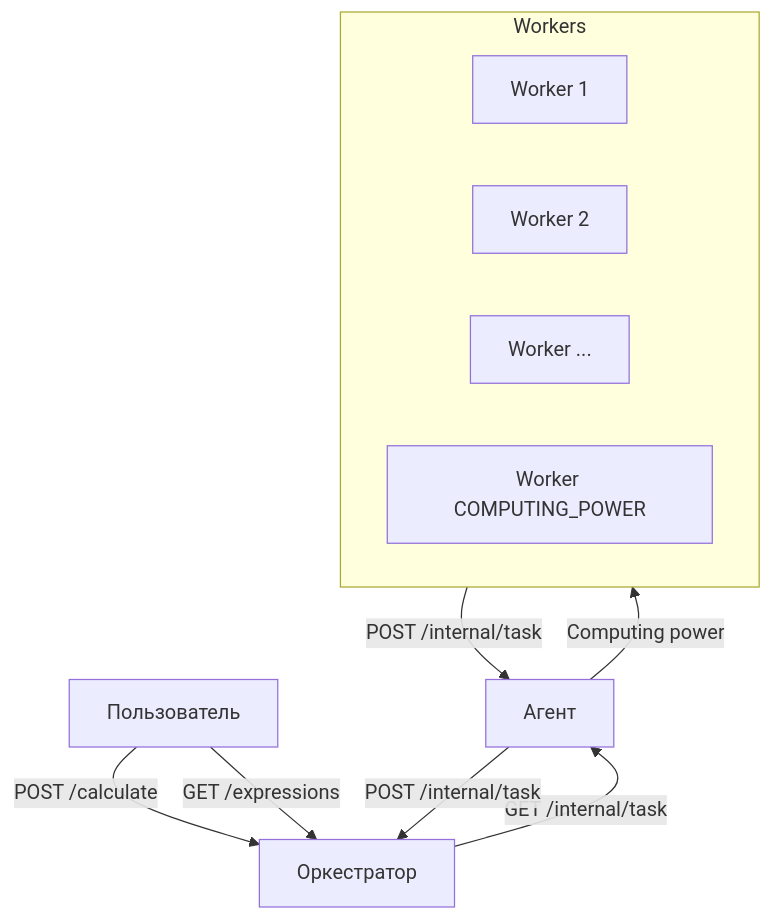
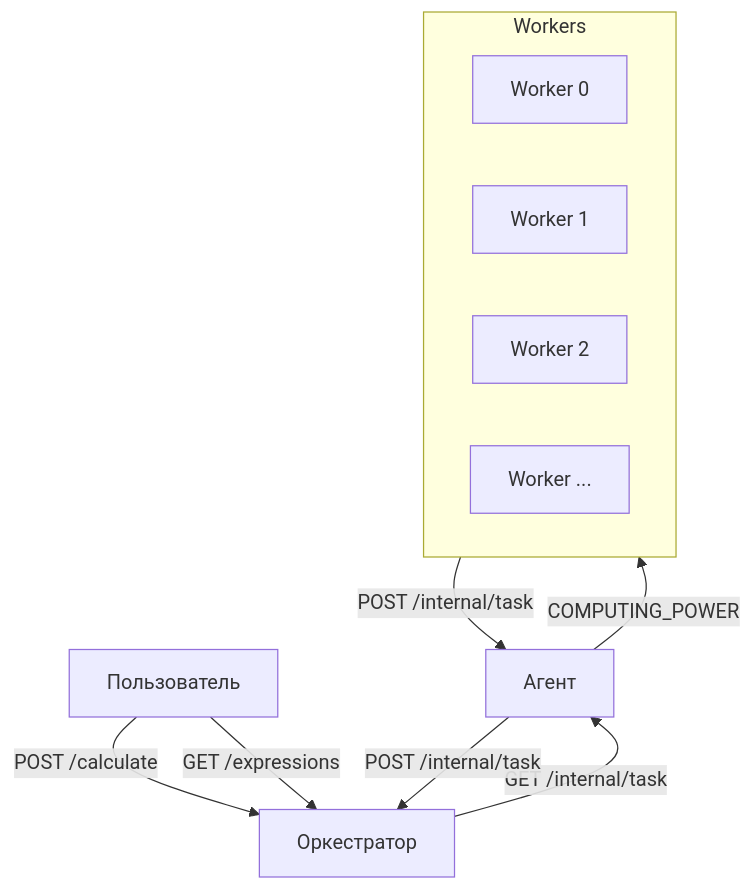
Before and after one commit to Nyamerka/Yandex_Calc_V2: the diagram in README.md, drawn with Mermaid. The commit also changed other lines of this file, not shown here.

````diff
--- a/README.md
+++ b/README.md
@@ -60,15 +60,15 @@
 ```mermaid
 graph TD
 U[Пользователь] -->|POST /calculate| O[Оркестратор]
 U -->|GET /expressions| O
 O -->|GET /internal/task| A[Агент]
 subgraph Workers
-W1[Worker 1]
-W2[Worker 2]
-W3[Worker ...]
-Wn[Worker COMPUTING_POWER]
+W1[Worker 0]
+W2[Worker 1]
+W3[Worker 2]
+Wn[Worker ...]
 end
-A -->|Computing power| Workers
+A -->|COMPUTING_POWER| Workers
 Workers -->|POST /internal/task| A
 A -->|POST /internal/task| O
 ```
````
